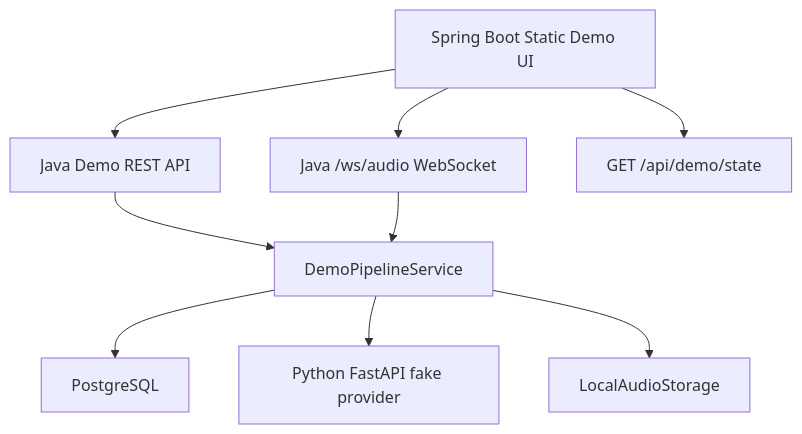
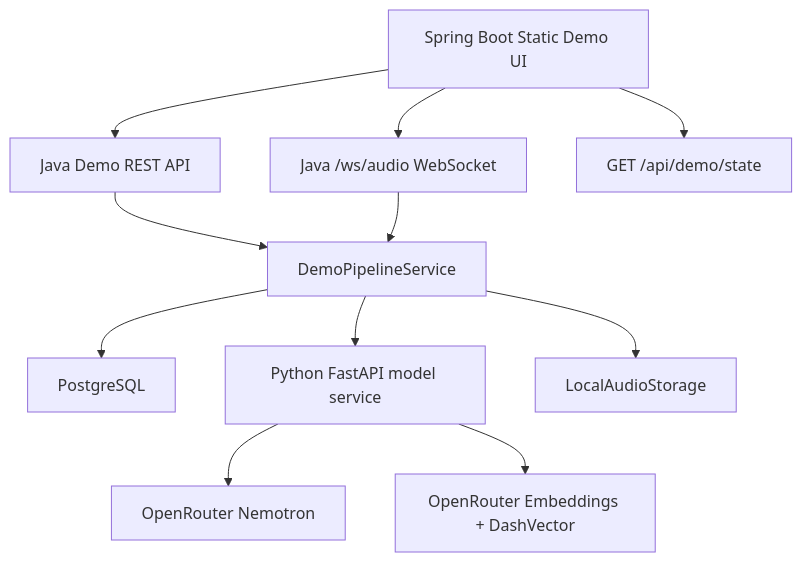
The diagram in docs/superpowers/specs/2026-06-11-chrono-agent-demo-flow-design.md (GnoixZ/Chrono-Agent), drawn with Mermaid before and after one commit. The commit also changed other lines of this file and 35 other files, not shown here.

````diff
--- a/docs/superpowers/specs/2026-06-11-chrono-agent-demo-flow-design.md
+++ b/docs/superpowers/specs/2026-06-11-chrono-agent-demo-flow-design.md
@@ -38,11 +39,13 @@
 ```mermaid
 flowchart TD
     Browser["Spring Boot Static Demo UI"] --> Api["Java Demo REST API"]
     Browser --> Ws["Java /ws/audio WebSocket"]
     Api --> Pipeline["DemoPipelineService"]
     Ws --> Pipeline
     Pipeline --> DB["PostgreSQL"]
-    Pipeline --> Python["Python FastAPI fake provider"]
+    Pipeline --> Python["Python FastAPI model service"]
+    Python --> OpenRouter["OpenRouter Nemotron"]
+    Python --> DashVector["OpenRouter Embeddings + DashVector"]
     Pipeline --> Store["LocalAudioStorage"]
     Browser --> State["GET /api/demo/state"]
 ```
````
